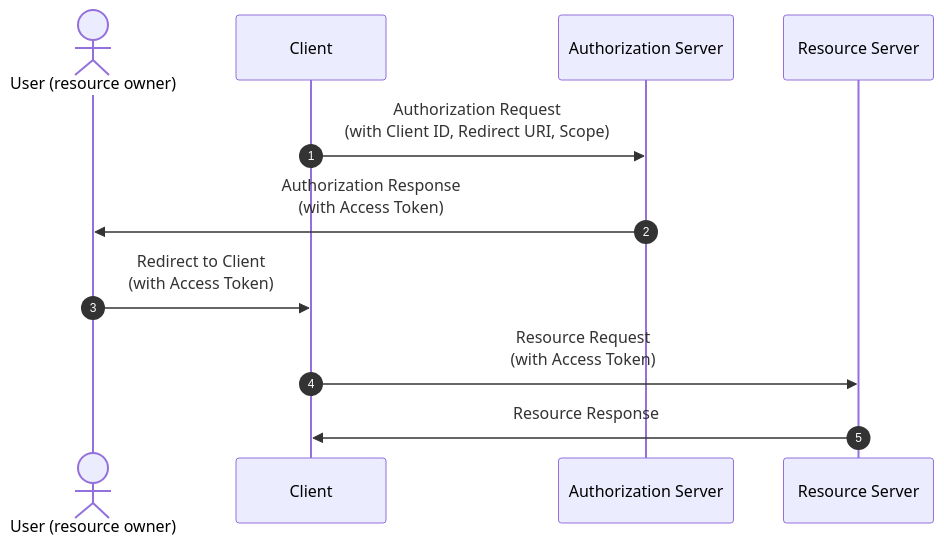
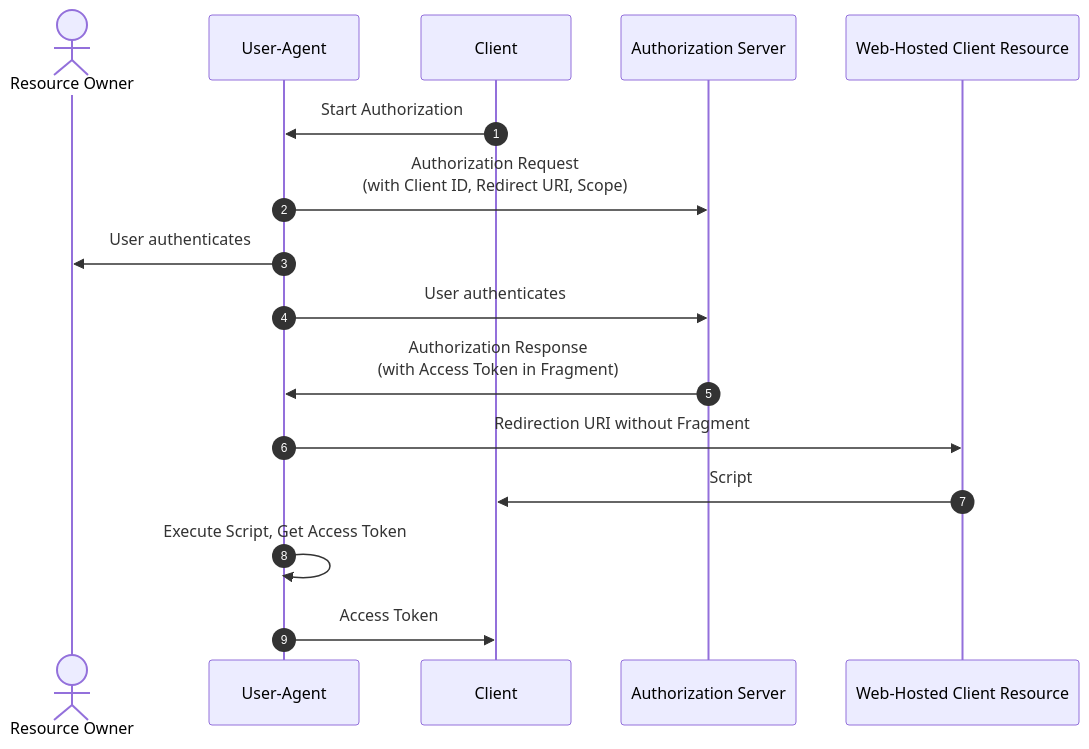
Before and after one commit to 2paperstar/blog: the fifth of 5 diagrams in content/posts/2023/08/23/make-own-oidc-provider/index.md, drawn with Mermaid. The commit also changed other lines of this file, not shown here.

Commit message:
fix(make-own-oidc-provider): replace Implicit Grant diagram
with diagram in RFC

````diff
--- a/content/posts/2023/08/23/make-own-oidc-provider/index.md
+++ b/content/posts/2023/08/23/make-own-oidc-provider/index.md
@@ -221,13 +221,18 @@
 ```mermaid
 sequenceDiagram
   autonumber
-  actor U as User (resource owner)
+  actor O as Resource Owner
+  participant U as User-Agent
   participant C as Client
   participant A as Authorization Server
-  participant R as Resource Server
-  C->>A: Authorization Request<br/>(with Client ID, Redirect URI, Scope)
-  A->>U: Authorization Response<br/>(with Access Token)
-  U->>C: Redirect to Client<br/>(with Access Token)
-  C->>R: Resource Request<br/>(with Access Token)
-  R->>C: Resource Response
+  participant W as Web-Hosted Client Resource
+  C->>U: Start Authorization
+  U->>A: Authorization Request<br/>(with Client ID, Redirect URI, Scope)
+  U->>O: User authenticates
+  U->>A: User authenticates
+  A->>U: Authorization Response<br/>(with Access Token in Fragment)
+  U->>W: Redirection URI without Fragment
+  W->>C: Script
+  U->>U: Execute Script, Get Access Token
+  U->>C: Access Token
 ```
````
